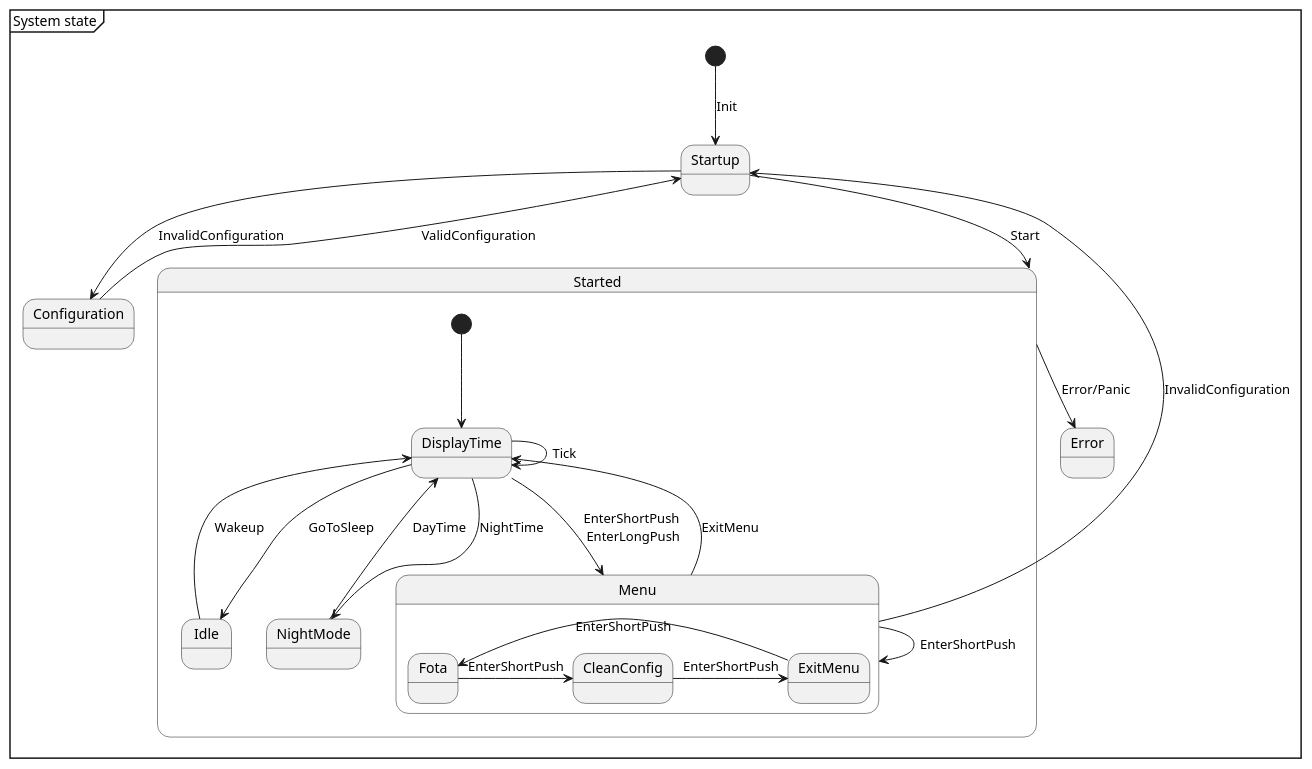
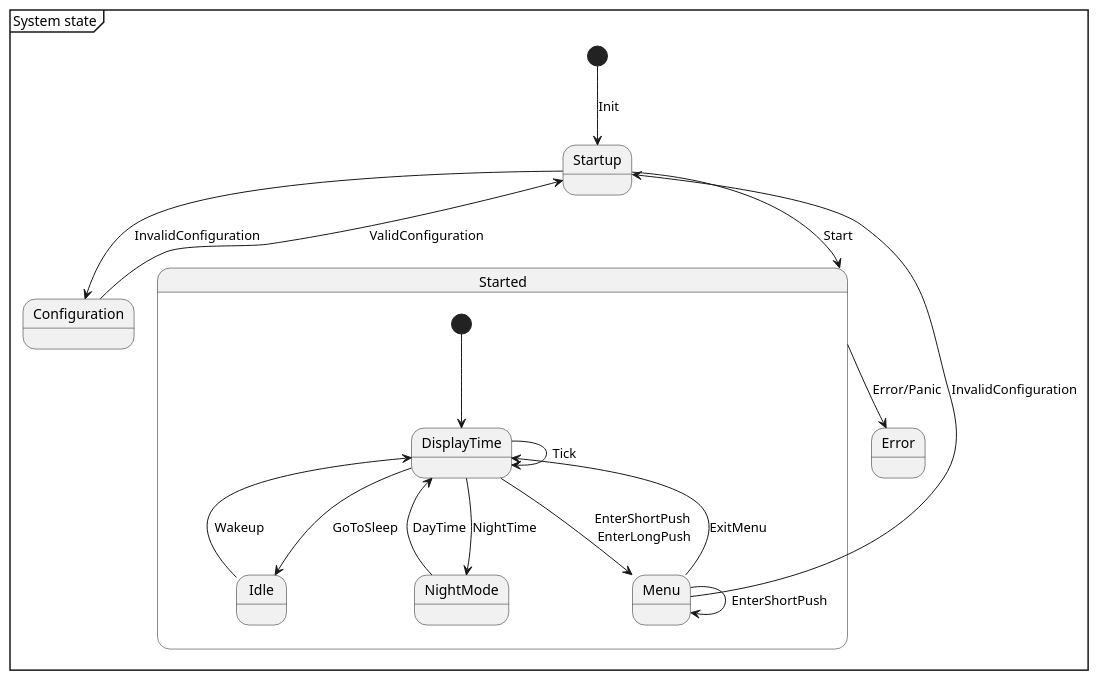
One commit to lmayencourt/wordclock changed the diagram in doc/uml/1_problem_description/use_case/system_state.puml. Above: the diagram before and after it, drawn with PlantUML. The commit also changed 1 other file, not shown here.

Commit message:
Update uml diagrams

```diff
--- a/doc/uml/1_problem_description/use_case/system_state.puml
+++ b/doc/uml/1_problem_description/use_case/system_state.puml
@@ -1,48 +1,39 @@
 @startuml
 
 mainframe System state
 
 state Startup
 state Configuration
 state Started {
     state DisplayTime
     state NightMode
-    state Menu {
-        state Fota
-        state CleanConfig
-        state ExitMenu
-    }
     state Idle
 }
 state Error
 
 [*] --> Startup: Init
 
 Startup --> Configuration: InvalidConfiguration
 Startup --> Started: Start
 
 state Started {
     Configuration -> Startup: ValidConfiguration
 
     [*] --> DisplayTime
     DisplayTime --> Menu: EnterShortPush \nEnterLongPush
     Menu --> Menu: EnterShortPush
     Menu --> DisplayTime: ExitMenu
     Menu -up-> Startup: InvalidConfiguration
 
-    Fota -> CleanConfig: EnterShortPush
-    CleanConfig -> ExitMenu: EnterShortPush
-    ExitMenu -> Fota: EnterShortPush
-
     DisplayTime --> Idle: GoToSleep
     DisplayTime <-- Idle: Wakeup
     DisplayTime -> DisplayTime: Tick
 
     DisplayTime --> NightMode: NightTime
     DisplayTime <-- NightMode: DayTime
 }
 
 Started --> Error: Error/Panic
 ' Configuration --> Error: Error/Panic
 
 @enduml
```
